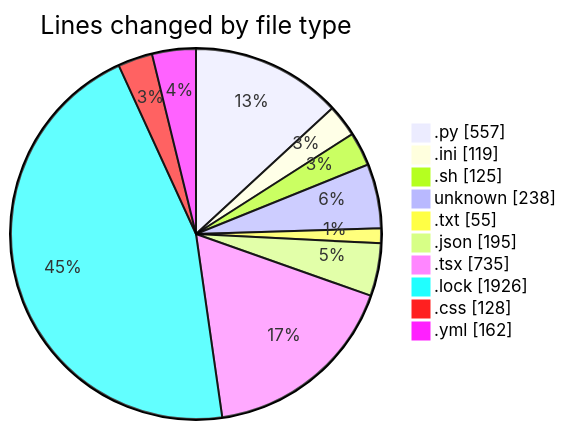
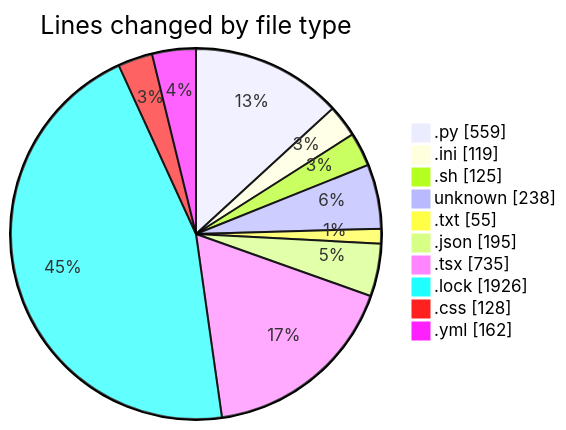
Before and after one commit to Elitesun/code-tracking: the first of 2 diagrams in 2025-05-12/niten/README.md, drawn with Mermaid. The commit also changed other lines of this file and 1 other file, not shown here.

````diff
--- a/2025-05-12/niten/README.md
+++ b/2025-05-12/niten/README.md
@@ -38,14 +38,14 @@
 ```mermaid
 pie showData
 title Lines changed by file type
-".py" : 557
+".py" : 559
 ".ini" : 119
 ".sh" : 125
 "unknown" : 238
 ".txt" : 55
 ".json" : 195
 ".tsx" : 735
 ".lock" : 1926
 ".css" : 128
 ".yml" : 162
 ```
````
